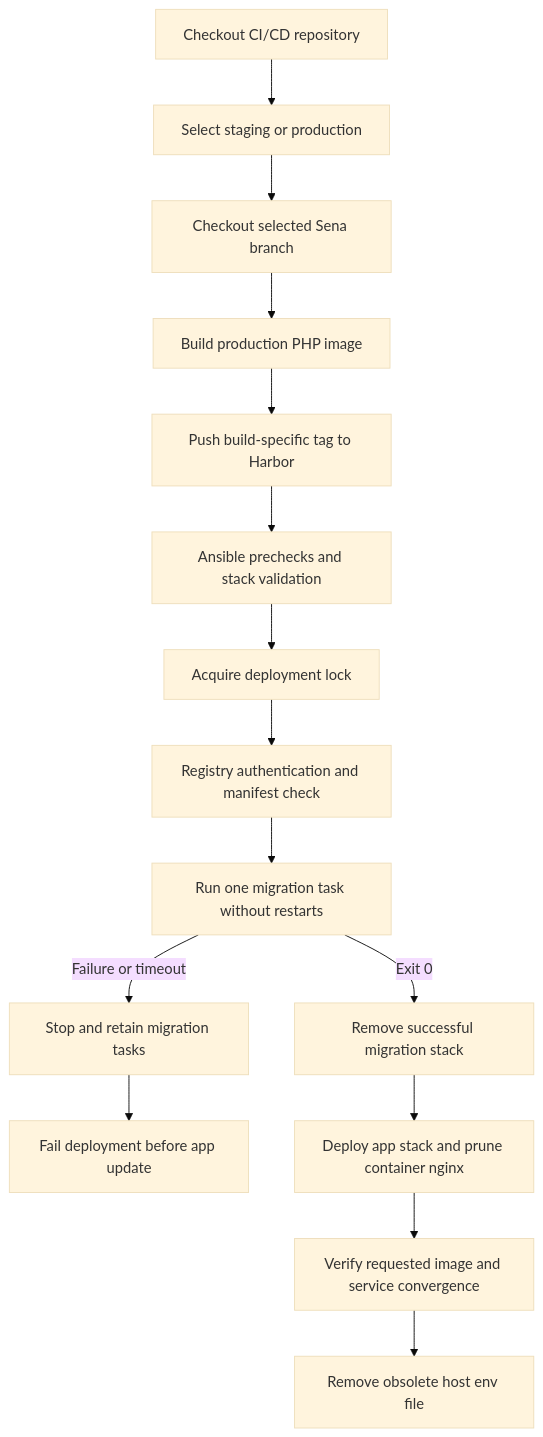
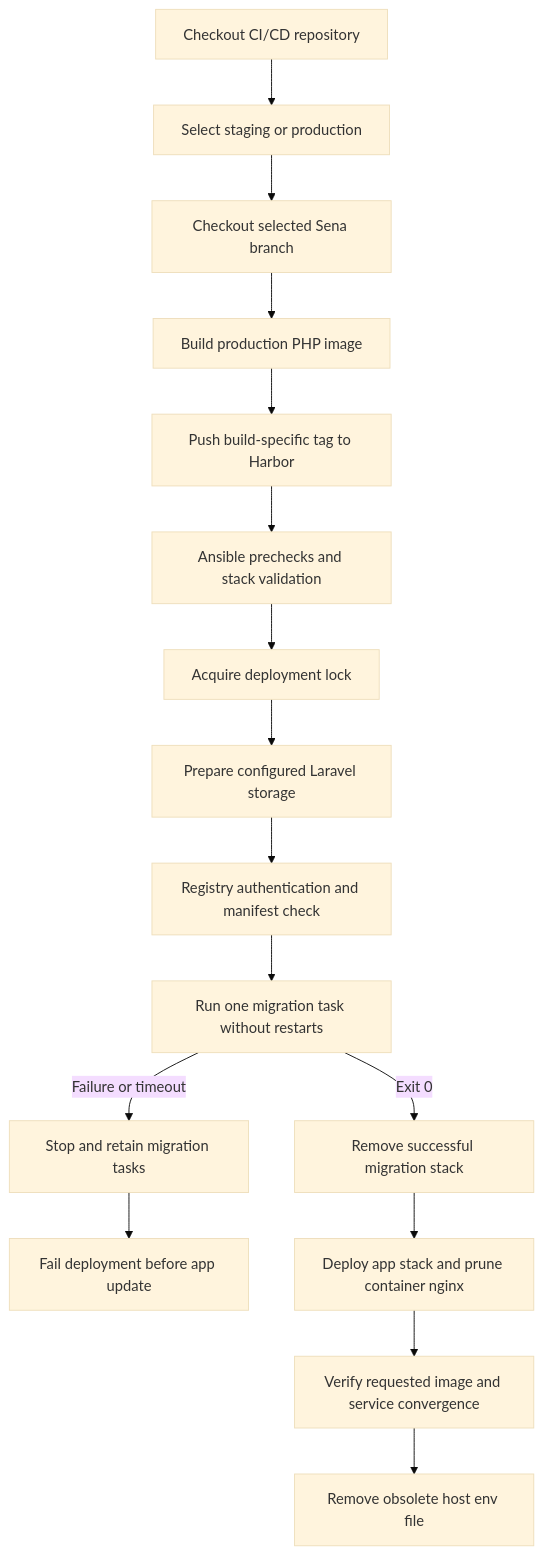
Before and after one commit to innovity-Technologies-Inc/sena-coreapi-cicd: the diagram in README.md, drawn with Mermaid (base theme). The commit also changed other lines of this file and 6 other files, not shown here.

````diff
--- a/README.md
+++ b/README.md
@@ -9,17 +9,18 @@
 ```mermaid
 flowchart TD
     A[Checkout CI/CD repository] --> B[Select staging or production]
     B --> C[Checkout selected Sena branch]
     C --> D[Build production PHP image]
     D --> E[Push build-specific tag to Harbor]
     E --> F[Ansible prechecks and stack validation]
     F --> G[Acquire deployment lock]
-    G --> H[Registry authentication and manifest check]
+    G --> G1[Prepare configured Laravel storage]
+    G1 --> H[Registry authentication and manifest check]
     H --> I[Run one migration task without restarts]
     I -->|Exit 0| J[Remove successful migration stack]
     I -->|Failure or timeout| K[Stop and retain migration tasks]
     K --> L[Fail deployment before app update]
     J --> M[Deploy app stack and prune container nginx]
     M --> N[Verify requested image and service convergence]
     N --> O[Remove obsolete host env file]
 ```
````
